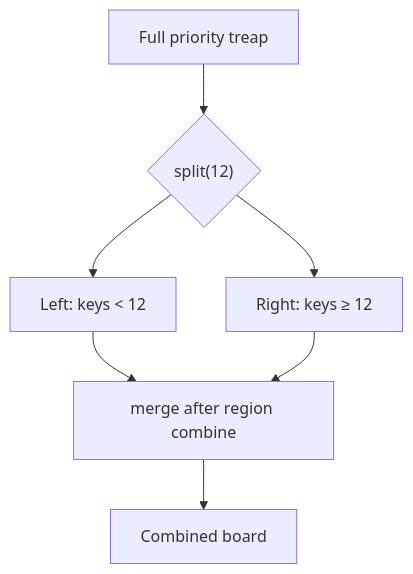
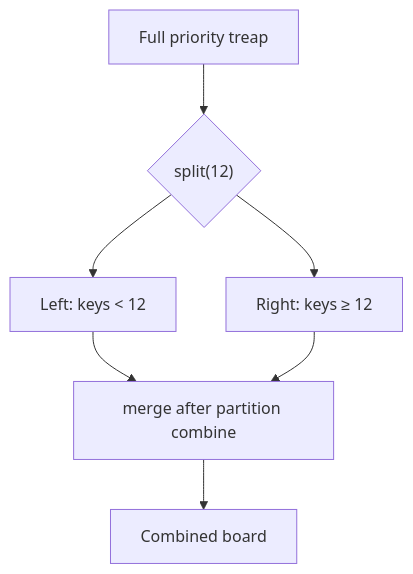
One commit to qgjones9/python-programming-guide changed the fifth of 6 diagrams in docs/dsa/data-structures/treaps/index.md. Above: the diagram before and after it, drawn with Mermaid. The commit also changed other lines of this file and 19 other files, not shown here.

````diff
--- a/docs/dsa/data-structures/treaps/index.md
+++ b/docs/dsa/data-structures/treaps/index.md
@@ -445,10 +445,10 @@
 ```mermaid
 flowchart TB
   T["Full priority treap"]
   T --> S{"split(12)"}
   S --> L["Left: keys < 12"]
   S --> R["Right: keys ≥ 12"]
-  L --> M["merge after region combine"]
+  L --> M["merge after partition combine"]
   R --> M
   M --> T2["Combined board"]
 ```
````
